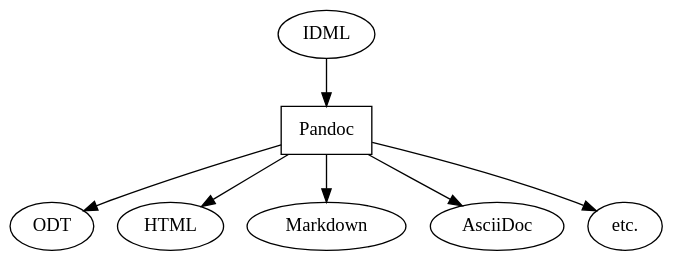
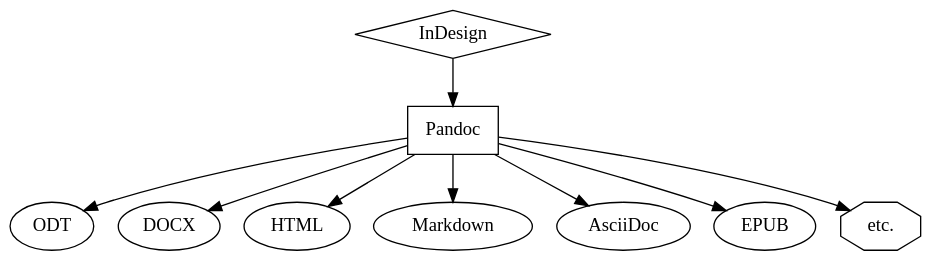
Before and after one commit to yanntrividic/idml-pandoc-reader: the diagram in docs/source/simplified_conversions.dot, drawn with Graphviz. The commit also changed 5 other files, not shown here.

Commit message:
Better graphs!

```diff
--- a/docs/source/simplified_conversions.dot
+++ b/docs/source/simplified_conversions.dot
@@ -1,10 +1,14 @@
 digraph simplified_conversions {
     bgcolor="transparent"
     p [shape=box label="Pandoc"]
-    "IDML" -> p [label=""];
+    id [shape=diamond label="InDesign"]
+    id -> p [label=""];
     p -> "ODT";
+    p -> "DOCX";
     p -> "HTML";
     p -> "Markdown";
     p -> "AsciiDoc";
-    p -> "etc.";
+    p -> "EPUB";
+    etc [shape=octagon label="etc."]
+    p -> etc;
 }
```
